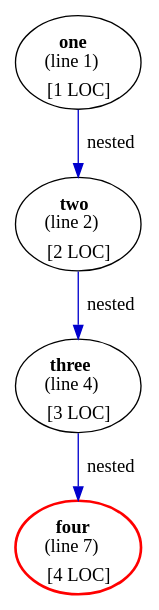
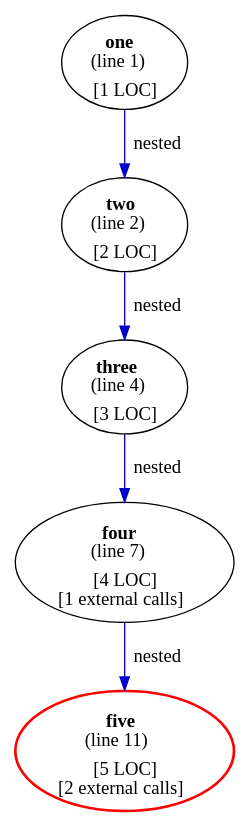
Before and after one commit to microsoft/cmd-call-graph: the diagram in examples/loc.dot, drawn with Graphviz. The commit also changed 4 other files, not shown here.

First line of the commit message:
Display the number of external calls with --show-node-stats

```diff
--- a/examples/loc.dot
+++ b/examples/loc.dot
@@ -1,9 +1,11 @@
 digraph g {
-"four" [label=<<b>four</b><br/>(line 7)<br/><sub>[4 LOC]</sub>>,color=red,penwidth=2]
+"five" [label=<<b>five</b><br/>(line 11)<br/><sub>[5 LOC]</sub><br/><sub>[2 external calls]</sub>>,color=red,penwidth=2]
+"four" [label=<<b>four</b><br/>(line 7)<br/><sub>[4 LOC]</sub><br/><sub>[1 external calls]</sub>>]
+"four" -> "five" [label=nested,color=blue3]
 "one" [label=<<b>one</b><br/>(line 1)<br/><sub>[1 LOC]</sub>>]
 "one" -> "two" [label=nested,color=blue3]
 "three" [label=<<b>three</b><br/>(line 4)<br/><sub>[3 LOC]</sub>>]
 "three" -> "four" [label=nested,color=blue3]
 "two" [label=<<b>two</b><br/>(line 2)<br/><sub>[2 LOC]</sub>>]
 "two" -> "three" [label=nested,color=blue3]
 }
```
